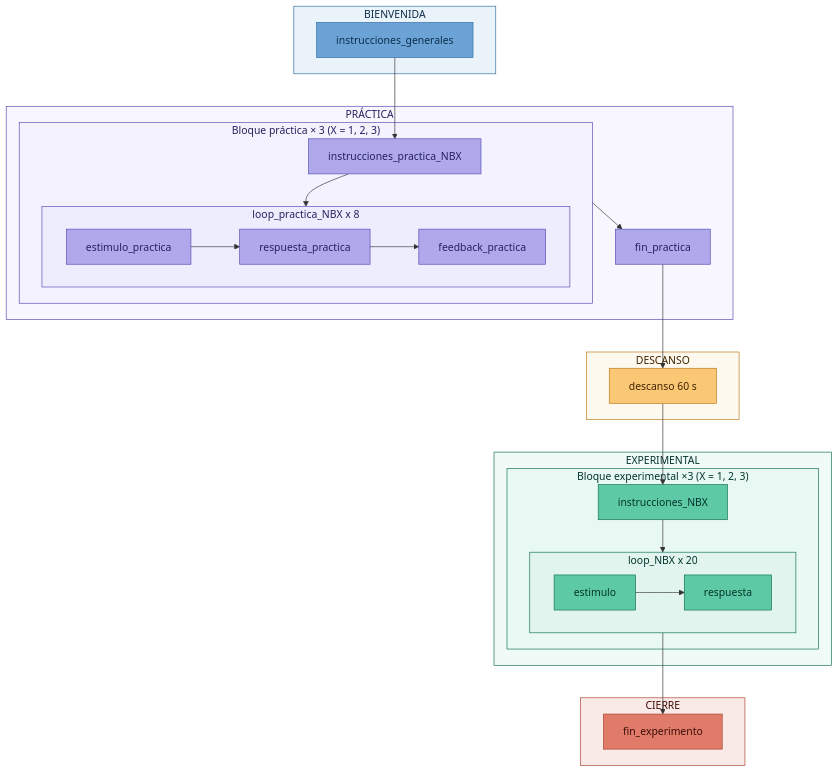
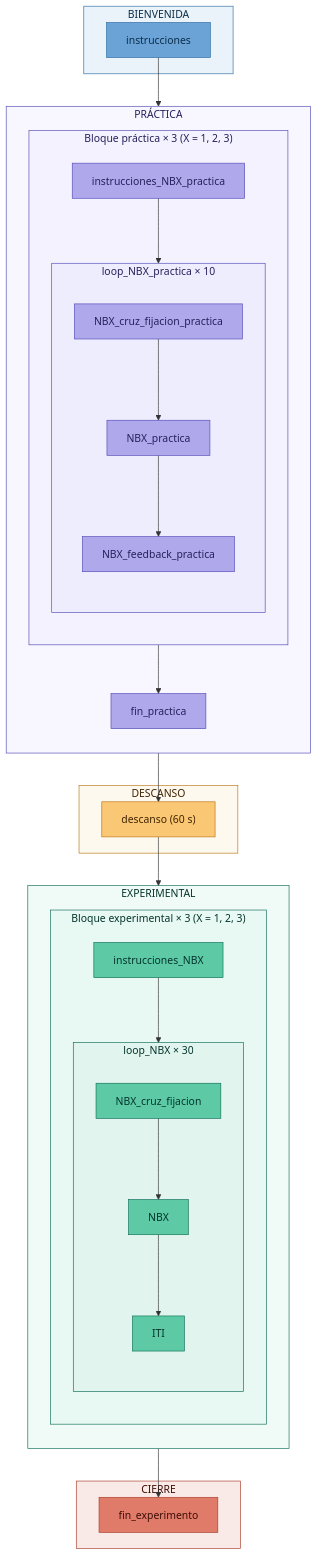
The diagram in readme.md (mlandaf/taller_3_memoria), drawn with Mermaid before and after one commit. The commit also changed other lines of this file and 12 other files, not shown here.

````diff
--- a/readme.md
+++ b/readme.md
@@ -73,58 +95,73 @@
 ```mermaid
 flowchart TD
-    subgraph SB[BIENVENIDA]
-        A[instrucciones_generales]
+    subgraph SB["BIENVENIDA"]
+        A["instrucciones"]
     end
-    subgraph SP[PRÁCTICA]
+
+    subgraph SP["PRÁCTICA"]
+        direction TD
         subgraph BLK_P["Bloque práctica × 3 (X = 1, 2, 3)"]
-            B[instrucciones_practica_NBX]
+            direction TD
+            B["instrucciones_NBX_practica"]
+            subgraph LP["loop_NBX_practica × 10"]
+                direction TD
+                P1["NBX_cruz_fijacion_practica"]
+                P2["NBX_practica"]
+                P3["NBX_feedback_practica"]
+                P1 --> P2 --> P3
+            end
             B --> LP
-            subgraph LP[loop_practica_NBX x 8]
-                P1[estimulo_practica] --> P2[respuesta_practica]
-                P2 --> P3[feedback_practica]
+        end
+        LP --> C["fin_practica"]
+    end
+
+    subgraph SD["DESCANSO"]
+        D["descanso (60 s)"]
+    end
+
+    subgraph SE["EXPERIMENTAL"]
+        direction TD
+        subgraph BLK_E["Bloque experimental × 3 (X = 1, 2, 3)"]
+            direction TD
+            E["instrucciones_NBX"]
+            subgraph LE["loop_NBX × 30"]
+                direction TD
+                E1["NBX_cruz_fijacion"]
+                E2["NBX"]
+                E3["ITI"]
+                E1 --> E2 --> E3
             end
-        end
-        BLK_P --> C[fin_practica]
-    end
-    subgraph SD[DESCANSO]
-        D[descanso 60 s]
-    end
-    subgraph SE[EXPERIMENTAL]
-        subgraph BLK_E["Bloque experimental ×3 (X = 1, 2, 3)"]
-            E[instrucciones_NBX]
             E --> LE
-            subgraph LE[loop_NBX x 20]
-                E1[estimulo] --> E2[respuesta]
-            end
         end
     end
-    subgraph SC[CIERRE]
-        F[fin_experimento]
+
+    subgraph SC["CIERRE"]
+        F["fin_experimento"]
     end
 
     A --> B
     C --> D
     D --> E
     LE --> F
 
-    style A    fill:#6BA3D6,stroke:#2E6DA4,color:#0D2E4A
-    style F    fill:#E07B6A,stroke:#A83D2B,color:#3D0E07
-    style D    fill:#FAC775,stroke:#BA7517,color:#412402
-    style B    fill:#AFA9EC,stroke:#534AB7,color:#26215C
-    style C    fill:#AFA9EC,stroke:#534AB7,color:#26215C
-    style P1   fill:#AFA9EC,stroke:#534AB7,color:#26215C
-    style P2   fill:#AFA9EC,stroke:#534AB7,color:#26215C
-    style P3   fill:#AFA9EC,stroke:#534AB7,color:#26215C
-    style LP   fill:#EEEDFE,stroke:#534AB7,color:#26215C
+    classDef bienvenida fill:#6BA3D6,stroke:#2E6DA4,color:#0D2E4A
+    classDef practica fill:#AFA9EC,stroke:#534AB7,color:#26215C
+    classDef experimental fill:#5DCAA5,stroke:#0F6E56,color:#04342C
+    classDef descanso fill:#FAC775,stroke:#BA7517,color:#412402
+    classDef cierre fill:#E07B6A,stroke:#A83D2B,color:#3D0E07
+    class A bienvenida
+    class B,P1,P2,P3,C practica
+    class E,E1,E2,E3 experimental
+    class D descanso
+    class F cierre
+
+    style SB fill:#EBF3FA,stroke:#2E6DA4,color:#0D2E4A
+    style SP fill:#F8F7FF,stroke:#534AB7,color:#26215C
     style BLK_P fill:#F3F2FE,stroke:#534AB7,color:#26215C
-    style E    fill:#5DCAA5,stroke:#0F6E56,color:#04342C
-    style E1   fill:#5DCAA5,stroke:#0F6E56,color:#04342C
-    style E2   fill:#5DCAA5,stroke:#0F6E56,color:#04342C
-    style LE   fill:#E1F5EE,stroke:#0F6E56,color:#04342C
+    style LP fill:#EEEDFE,stroke:#534AB7,color:#26215C
+    style SD fill:#FEF9EE,stroke:#BA7517,color:#412402
+    style SE fill:#F0FAF6,stroke:#0F6E56,color:#04342C
     style BLK_E fill:#E8F8F3,stroke:#0F6E56,color:#04342C
-    style SB   fill:#EBF3FA,stroke:#2E6DA4,color:#0D2E4A
-    style SP   fill:#F8F7FF,stroke:#534AB7,color:#26215C
-    style SD   fill:#FEF9EE,stroke:#BA7517,color:#412402
-    style SE   fill:#F0FAF6,stroke:#0F6E56,color:#04342C
-    style SC   fill:#FAEAE7,stroke:#A83D2B,color:#3D0E07
+    style LE fill:#E1F5EE,stroke:#0F6E56,color:#04342C
+    style SC fill:#FAEAE7,stroke:#A83D2B,color:#3D0E07
 ```
````
